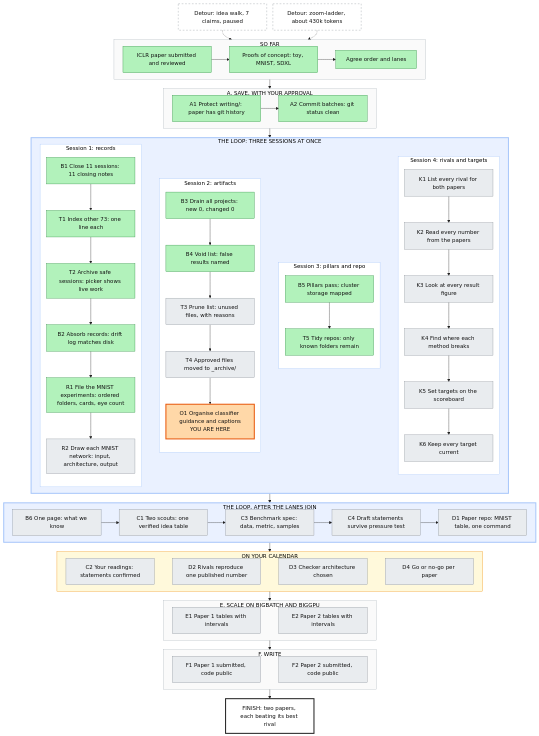
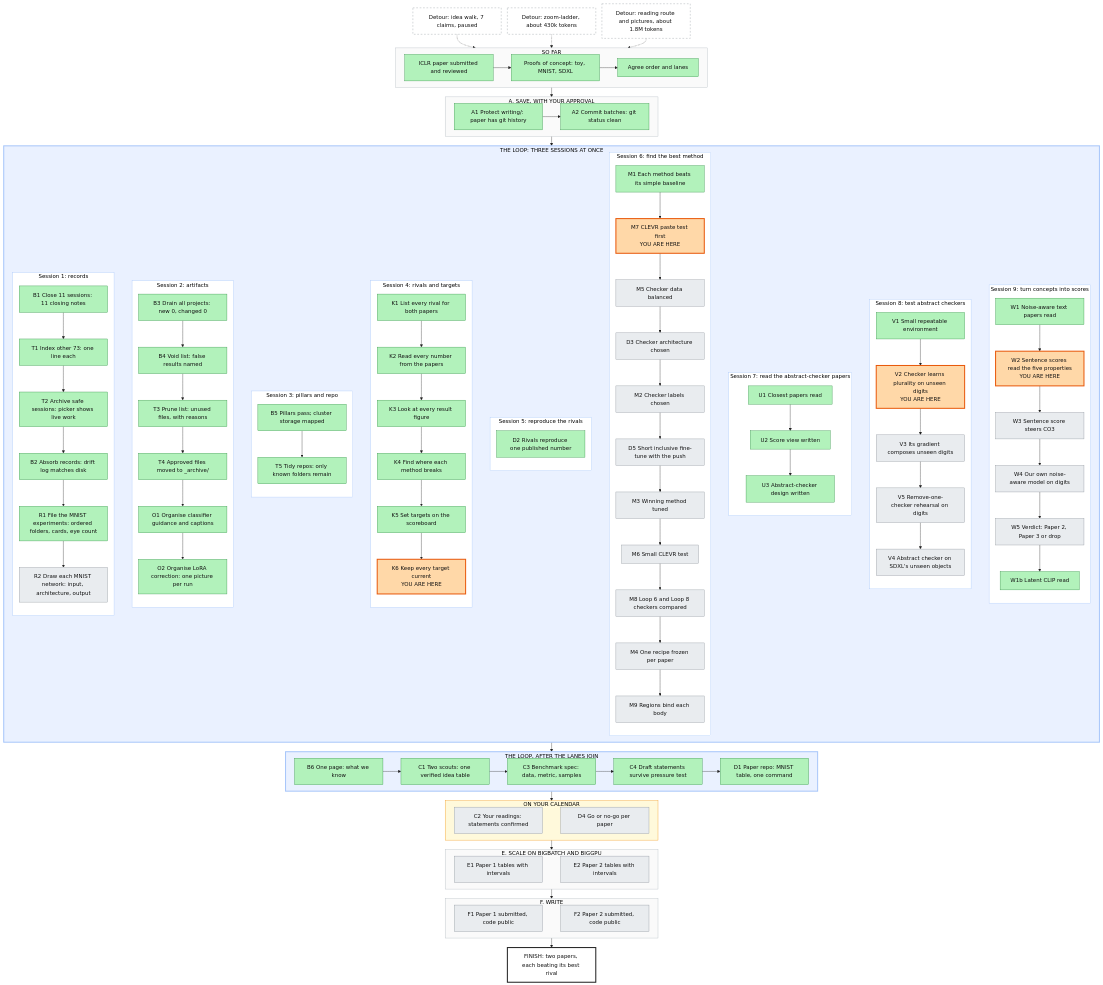
One commit to mo-rsa24/concept-composition changed the diagram in artifacts/notes/progress/map.mmd. Above: the diagram before and after it, drawn with Mermaid. The commit also changed 8 other files, not shown here.

Commit message:
Method search: M9 rung 2 stops at its check on the masks, and the choice goes to the owner

```diff
--- a/artifacts/notes/progress/map.mmd
+++ b/artifacts/notes/progress/map.mmd
@@ -1,66 +1,92 @@
 %%{init: {'theme': 'base', 'themeVariables': {'fontFamily': 'monospace', 'primaryColor': '#ffffff', 'primaryBorderColor': '#222222', 'primaryTextColor': '#111111', 'lineColor': '#222222'}, 'flowchart': {'nodeSpacing': 18, 'rankSpacing': 28}}}%%
 flowchart TB
   classDef done fill:#b2f2bb,stroke:#2b8a3e,color:#111111
   classDef doing fill:#ffd8a8,stroke:#e8590c,stroke-width:3px,color:#111111
   classDef todo fill:#e9ecef,stroke:#868e96,color:#111111
   classDef detour fill:#ffffff,stroke:#868e96,stroke-dasharray:5 5,color:#111111
   classDef goal fill:#ffffff,stroke:#222222,stroke-width:3px,color:#111111
   subgraph S0["SO FAR"]
     direction LR
     P0["ICLR paper submitted and reviewed"]:::done --> P1["Proofs of concept: toy, MNIST, SDXL"]:::done --> P2["Agree order and lanes"]:::done
   end
   subgraph SA["A. SAVE, WITH YOUR APPROVAL"]
     direction LR
     A1["A1 Protect writing/: paper has git history"]:::done --> A2["A2 Commit batches: git status clean"]:::done
   end
   subgraph LOOP["THE LOOP: THREE SESSIONS AT ONCE"]
     direction LR
     subgraph L1["Session 1: records"]
       direction TB
       B1["B1 Close 11 sessions: 11 closing notes"]:::done --> T1["T1 Index other 73: one line each"]:::done --> T2["T2 Archive safe sessions: picker shows live work"]:::done --> B2["B2 Absorb records: drift log matches disk"]:::done --> R1["R1 File the MNIST experiments: ordered folders, cards, eye count"]:::done --> R2["R2 Draw each MNIST network: input, architecture, output"]:::todo
     end
     subgraph L2["Session 2: artifacts"]
       direction TB
-      B3["B3 Drain all projects: new 0, changed 0"]:::done --> B4["B4 Void list: false results named"]:::done --> T3["T3 Prune list: unused files, with reasons"]:::todo --> T4["T4 Approved files moved to _archive/"]:::todo --> O1["O1 Organise classifier guidance and captions<br/>YOU ARE HERE"]:::doing
+      B3["B3 Drain all projects: new 0, changed 0"]:::done --> B4["B4 Void list: false results named"]:::done --> T3["T3 Prune list: unused files, with reasons"]:::done --> T4["T4 Approved files moved to _archive/"]:::done --> O1["O1 Organise classifier guidance and captions"]:::done --> O2["O2 Organise LoRA correction: one picture per run"]:::done
     end
     subgraph L3["Session 3: pillars and repo"]
       direction TB
       B5["B5 Pillars pass; cluster storage mapped"]:::done --> T5["T5 Tidy repos: only known folders remain"]:::done
     end
     subgraph L4["Session 4: rivals and targets"]
       direction TB
-      K1["K1 List every rival for both papers"]:::todo --> K2["K2 Read every number from the papers"]:::todo --> K3["K3 Look at every result figure"]:::todo --> K4["K4 Find where each method breaks"]:::todo --> K5["K5 Set targets on the scoreboard"]:::todo --> K6["K6 Keep every target current"]:::todo
+      K1["K1 List every rival for both papers"]:::done --> K2["K2 Read every number from the papers"]:::done --> K3["K3 Look at every result figure"]:::done --> K4["K4 Find where each method breaks"]:::done --> K5["K5 Set targets on the scoreboard"]:::done --> K6["K6 Keep every target current<br/>YOU ARE HERE"]:::doing
+    end
+    subgraph L5["Session 5: reproduce the rivals"]
+      direction TB
+      D2["D2 Rivals reproduce one published number"]:::done
+    end
+    subgraph L6["Session 6: find the best method"]
+      direction TB
+      M1["M1 Each method beats its simple baseline"]:::done --> M7["M7 CLEVR paste test first<br/>YOU ARE HERE"]:::doing --> M5["M5 Checker data balanced"]:::todo --> D3["D3 Checker architecture chosen"]:::todo --> M2["M2 Checker labels chosen"]:::todo --> D5["D5 Short inclusive fine-tune with the push"]:::todo --> M3["M3 Winning method tuned"]:::todo --> M6["M6 Small CLEVR test"]:::todo --> M8["M8 Loop 6 and Loop 8 checkers compared"]:::todo --> M4["M4 One recipe frozen per paper"]:::todo --> M9["M9 Regions bind each body"]:::todo
+    end
+    subgraph L7["Session 7: read the abstract-checker papers"]
+      direction TB
+      U1["U1 Closest papers read"]:::done --> U2["U2 Score view written"]:::done --> U3["U3 Abstract-checker design written"]:::done
+    end
+    subgraph L8["Session 8: test abstract checkers"]
+      direction TB
+      V1["V1 Small repeatable environment"]:::done --> V2["V2 Checker learns plurality on unseen digits<br/>YOU ARE HERE"]:::doing --> V3["V3 Its gradient composes unseen digits"]:::todo --> V5["V5 Remove-one-checker rehearsal on digits"]:::todo --> V4["V4 Abstract checker on SDXL's unseen objects"]:::todo
+    end
+    subgraph L9["Session 9: turn concepts into scores"]
+      direction TB
+      W1["W1 Noise-aware text papers read"]:::done --> W2["W2 Sentence scores read the five properties<br/>YOU ARE HERE"]:::doing --> W3["W3 Sentence score steers CO3"]:::todo --> W4["W4 Our own noise-aware model on digits"]:::todo --> W5["W5 Verdict: Paper 2, Paper 3 or drop"]:::todo --> W1b["W1b Latent CLIP read"]:::done
     end
   end
   subgraph JOIN["THE LOOP, AFTER THE LANES JOIN"]
     direction LR
-    B6["B6 One page: what we know"]:::todo --> C1["C1 Two scouts: one verified idea table"]:::todo --> C3["C3 Benchmark spec: data, metric, samples"]:::todo --> C4["C4 Draft statements survive pressure test"]:::todo --> D1["D1 Paper repo: MNIST table, one command"]:::todo
+    B6["B6 One page: what we know"]:::done --> C1["C1 Two scouts: one verified idea table"]:::done --> C3["C3 Benchmark spec: data, metric, samples"]:::done --> C4["C4 Draft statements survive pressure test"]:::done --> D1["D1 Paper repo: MNIST table, one command"]:::done
   end
   subgraph CAL["ON YOUR CALENDAR"]
     direction LR
-    C2["C2 Your readings: statements confirmed"]:::todo ~~~ D2["D2 Rivals reproduce one published number"]:::todo ~~~ D3["D3 Checker architecture chosen"]:::todo ~~~ D4["D4 Go or no-go per paper"]:::todo
+    C2["C2 Your readings: statements confirmed"]:::todo ~~~ D4["D4 Go or no-go per paper"]:::todo
   end
   subgraph SE["E. SCALE ON BIGBATCH AND BIGGPU"]
     direction LR
     E1["E1 Paper 1 tables with intervals"]:::todo ~~~ E2["E2 Paper 2 tables with intervals"]:::todo
   end
   subgraph SF["F. WRITE"]
     direction LR
     F1["F1 Paper 1 submitted, code public"]:::todo ~~~ F2["F2 Paper 2 submitted, code public"]:::todo
   end
   GOAL["FINISH: two papers, each beating its best rival"]:::goal
   X0["Detour: idea walk, 7 claims, paused"]:::detour -.-> P2
   X1["Detour: zoom-ladder, about 430k tokens"]:::detour -.-> P2
-  L1 ~~~ L2 ~~~ L3 ~~~ L4
+  X2["Detour: reading route and pictures, about 1.8M tokens"]:::detour -.-> P2
+  L1 ~~~ L2 ~~~ L3 ~~~ L4 ~~~ L5 ~~~ L6 ~~~ L7 ~~~ L8 ~~~ L9
   S0 --> SA --> LOOP --> JOIN --> CAL --> SE --> SF --> GOAL
   style S0 fill:#fafafa,stroke:#adb5bd
   style SA fill:#fafafa,stroke:#adb5bd
   style LOOP fill:#eaf1ff,stroke:#a8c7fa,stroke-width:3px
   style L1 fill:#ffffff,stroke:#a8c7fa
   style L2 fill:#ffffff,stroke:#a8c7fa
   style L3 fill:#ffffff,stroke:#a8c7fa
   style L4 fill:#ffffff,stroke:#a8c7fa
+  style L5 fill:#ffffff,stroke:#a8c7fa
+  style L6 fill:#ffffff,stroke:#a8c7fa
+  style L7 fill:#ffffff,stroke:#a8c7fa
+  style L8 fill:#ffffff,stroke:#a8c7fa
+  style L9 fill:#ffffff,stroke:#a8c7fa
   style JOIN fill:#eaf1ff,stroke:#a8c7fa,stroke-width:3px
   style CAL fill:#fff9db,stroke:#f08c00
   style SE fill:#fafafa,stroke:#adb5bd
   style SF fill:#fafafa,stroke:#adb5bd
```
